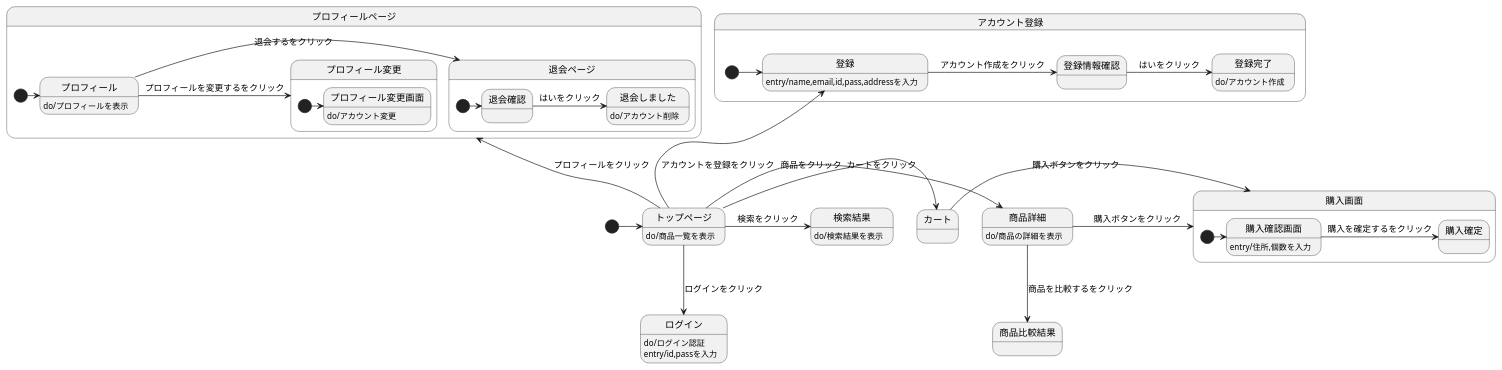
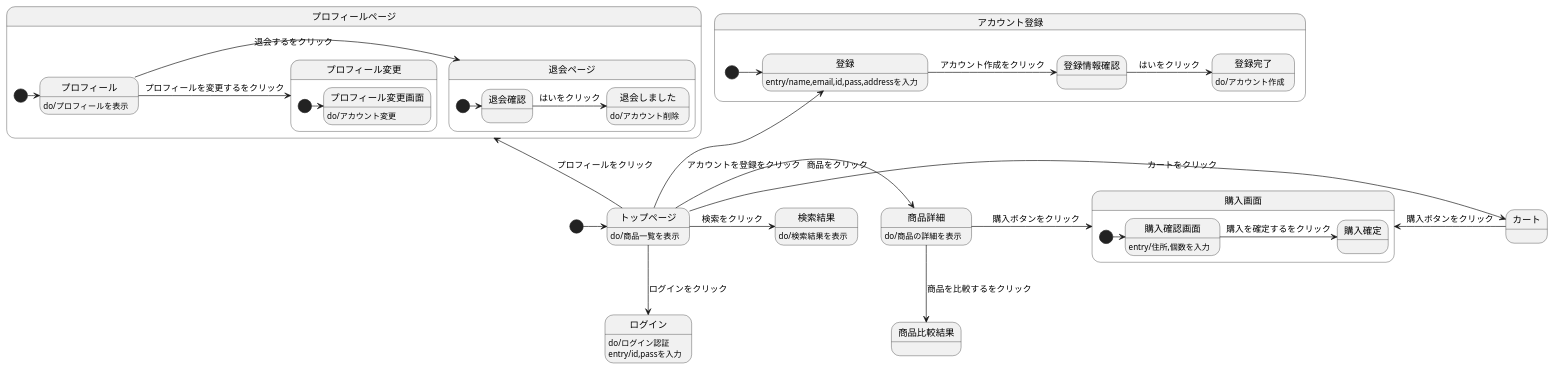
The diagram in stm01.md (Aso2001159/2021sys-design), drawn with PlantUML before and after one commit.

````diff
--- a/stm01.md
+++ b/stm01.md
@@ -1,48 +1,48 @@
 ```uml
 
 @startuml
 [*]->トップページ
 トップページ : do/商品一覧を表示
 トップページ->商品詳細 : 商品をクリック
   商品詳細 : do/商品の詳細を表示
   商品詳細 --> 商品比較結果 : 商品を比較するをクリック
   商品詳細-> 購入画面 :　購入ボタンをクリック
 トップページ-down->ログイン :ログインをクリック
   ログイン : do/ログイン認証
   ログイン : entry/id,passを入力
-トップページ->カート :カートをクリック
-カート -> 購入画面 : 購入ボタンをクリック
+トップページ-left->カート :カートをクリック
+カート -left-> 購入画面 : 購入ボタンをクリック
 state 購入画面{
   [*]-> 購入確認画面
   購入確認画面 : entry/住所,個数を入力
   購入確認画面 -> 購入確定 : 購入を確定するをクリック
 }
 state アカウント登録{
 [*]-> 登録 
   トップページ-up-> 登録 :アカウントを登録をクリック
   登録 : entry/name,email,id,pass,addressを入力
   登録 ->登録情報確認: アカウント作成をクリック
   登録情報確認 -> 登録完了: はいをクリック
     登録完了: do/アカウント作成
   }
 トップページ->検索結果 :検索をクリック
   検索結果 : do/検索結果を表示
 トップページ-up->プロフィールページ :プロフィールをクリック
 state プロフィールページ{
 [*] -> プロフィール
 プロフィール : do/プロフィールを表示
   プロフィール ->退会ページ :退会するをクリック
   state 退会ページ{
     [*]-> 退会確認 
     退会確認-> 退会しました : はいをクリック
       退会しました : do/アカウント削除
     }
     プロフィール -> プロフィール変更 : プロフィールを変更するをクリック
     state プロフィール変更{
       [*]-> プロフィール変更画面
       プロフィール変更画面 : do/アカウント変更
     }
  }
 @enduml
 
 ```
````
